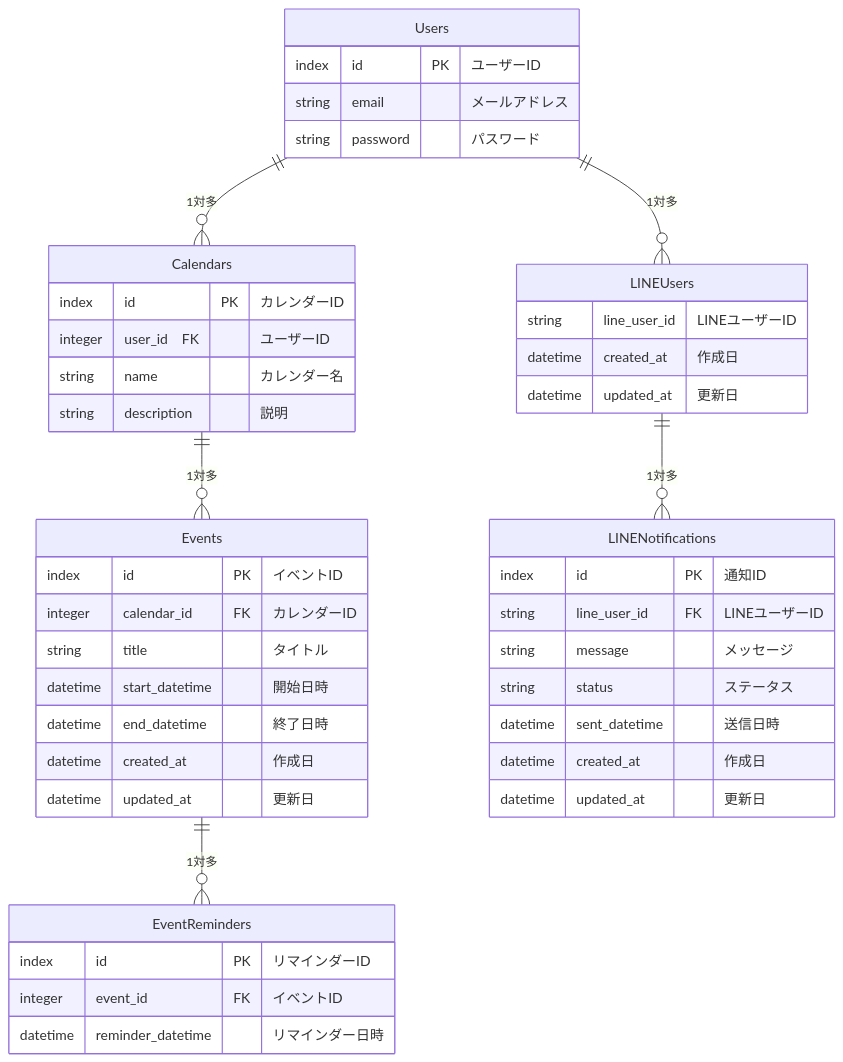
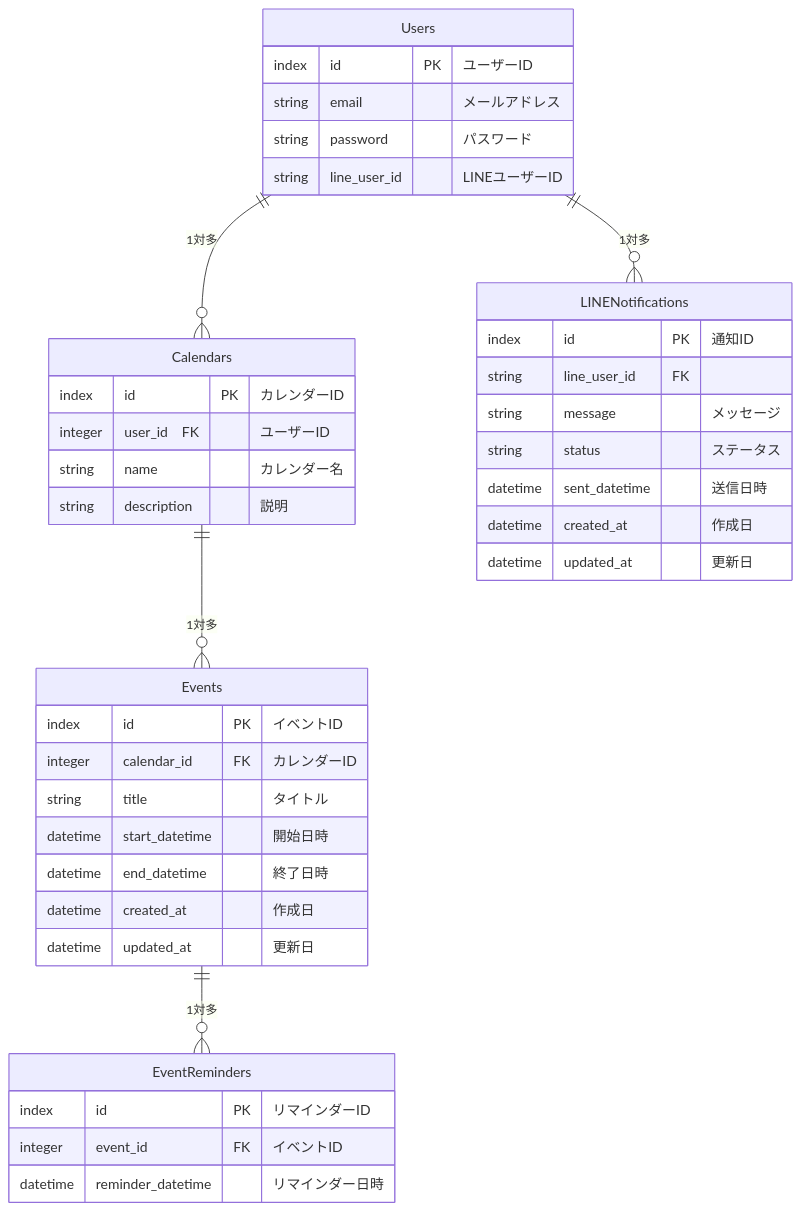
One commit to miyaki2003/README changed the diagram in mermaid.md. Above: the diagram before and after it, drawn with Mermaid. The commit also changed 74 other files, not shown here.

````diff
--- a/mermaid.md
+++ b/mermaid.md
@@ -1,53 +1,47 @@
 ```mermaid
 erDiagram
   Users ||--o{ Calendars : "1対多"
-   Users ||--o{ LINEUsers : "1対多"
   Calendars ||--o{ Events : "1対多"
   Events ||--o{ EventReminders : "1対多"
-  LINEUsers ||--o{ LINENotifications : "1対多"
+  Users ||--o{ LINENotifications : "1対多"
 
     Users {
       index id PK "ユーザーID"
       string email "メールアドレス"
       string password "パスワード"
+      string line_user_id "LINEユーザーID"
     }
 
     Calendars {
       index id PK "カレンダーID"
       integer user_id　FK "ユーザーID"
       string name "カレンダー名"
       string description "説明"
     }
 
     Events {
       index id PK "イベントID"
       integer calendar_id FK "カレンダーID"
       string title "タイトル"
       datetime start_datetime "開始日時"
       datetime end_datetime "終了日時"
       datetime created_at "作成日"
       datetime updated_at "更新日"
   }
 
     EventReminders {
       index id PK "リマインダーID"
       integer event_id FK "イベントID"
       datetime reminder_datetime "リマインダー日時"
     }
-
-    LINEUsers{
-      string line_user_id "LINEユーザーID"
-      datetime created_at "作成日"
-      datetime updated_at "更新日"
-    }
-
+    
     LINENotifications {
       index id PK "通知ID"
-      string line_user_id FK "LINEユーザーID"
+      string line_user_id FK
       string message "メッセージ"
       string status "ステータス"
       datetime sent_datetime "送信日時"
       datetime created_at "作成日"
       datetime updated_at "更新日"
     }
 ```
````
